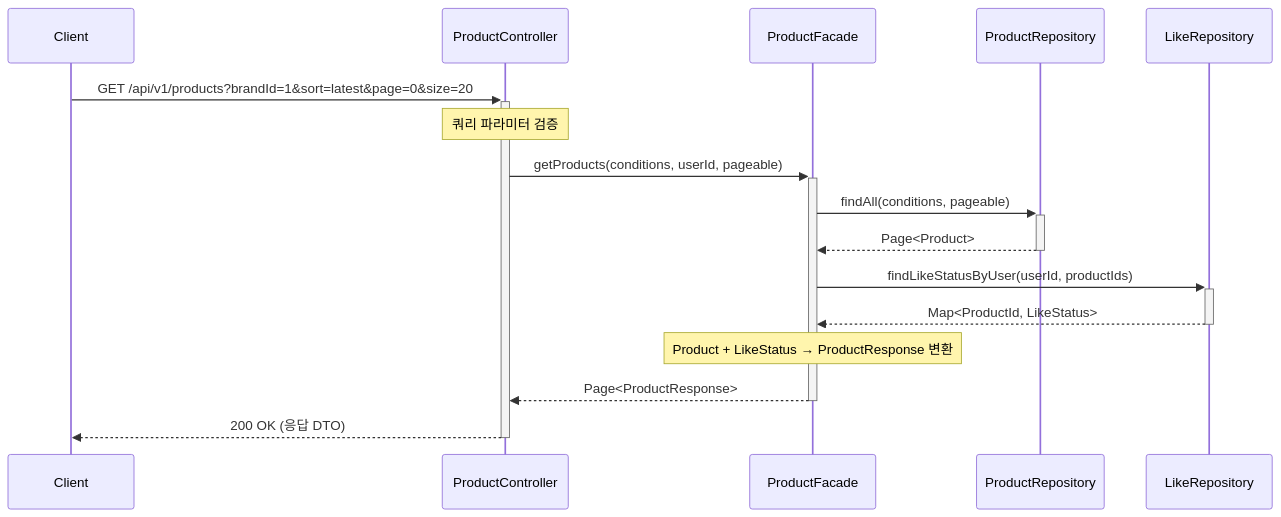
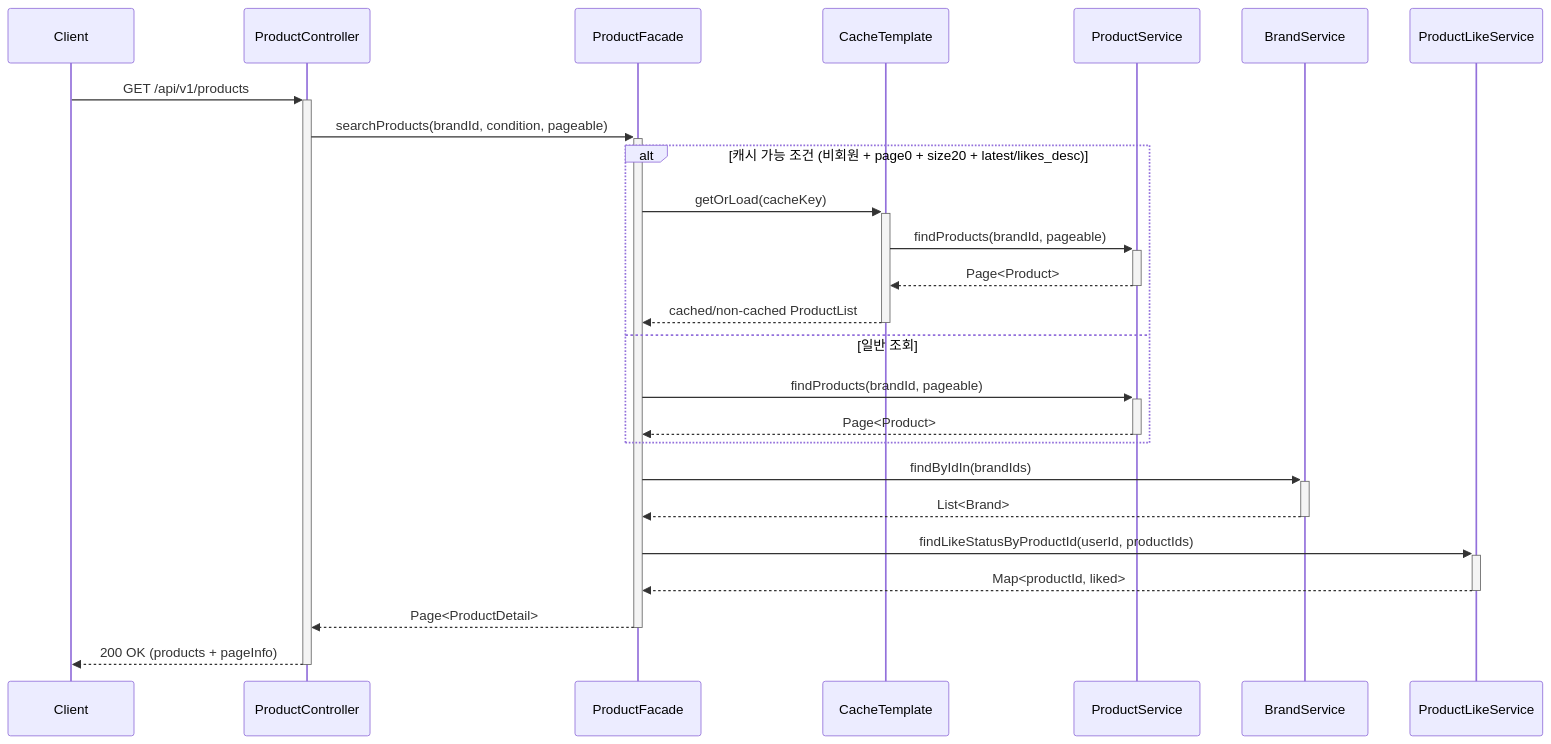
One commit to JeonJe/commerce-backend changed the first of 10 diagrams in docs/design/02-sequence-diagrams.md. Above: the diagram before and after it, drawn with Mermaid. The commit also changed other lines of this file and 9 other files, not shown here.

````diff
--- a/docs/design/02-sequence-diagrams.md
+++ b/docs/design/02-sequence-diagrams.md
@@ -42,24 +23,32 @@
 ```mermaid
 sequenceDiagram
     participant Client
     participant ProductController
     participant ProductFacade
-    participant ProductRepository
-    participant LikeRepository
+    participant CacheTemplate
+    participant ProductService
+    participant BrandService
+    participant ProductLikeService
 
-    Client->>+ProductController: GET /api/v1/products?brandId=1&sort=latest&page=0&size=20
-    Note over ProductController: 쿼리 파라미터 검증
+    Client->>+ProductController: GET /api/v1/products
+    ProductController->>+ProductFacade: searchProducts(brandId, condition, pageable)
 
-    ProductController->>+ProductFacade: getProducts(conditions, userId, pageable)
+    alt 캐시 가능 조건 (비회원 + page0 + size20 + latest/likes_desc)
+        ProductFacade->>+CacheTemplate: getOrLoad(cacheKey)
+        CacheTemplate->>+ProductService: findProducts(brandId, pageable)
+        ProductService-->>-CacheTemplate: Page<Product>
+        CacheTemplate-->>-ProductFacade: cached/non-cached ProductList
+    else 일반 조회
+        ProductFacade->>+ProductService: findProducts(brandId, pageable)
+        ProductService-->>-ProductFacade: Page<Product>
+    end
 
-    ProductFacade->>+ProductRepository: findAll(conditions, pageable)
-    ProductRepository-->>-ProductFacade: Page<Product>
+    ProductFacade->>+BrandService: findByIdIn(brandIds)
+    BrandService-->>-ProductFacade: List<Brand>
 
-    ProductFacade->>+LikeRepository: findLikeStatusByUser(userId, productIds)
-    LikeRepository-->>-ProductFacade: Map<ProductId, LikeStatus>
+    ProductFacade->>+ProductLikeService: findLikeStatusByProductId(userId, productIds)
+    ProductLikeService-->>-ProductFacade: Map<productId, liked>
 
-    Note over ProductFacade: Product + LikeStatus → ProductResponse 변환
-
-    ProductFacade-->>-ProductController: Page<ProductResponse>
-    ProductController-->>-Client: 200 OK (응답 DTO)
+    ProductFacade-->>-ProductController: Page<ProductDetail>
+    ProductController-->>-Client: 200 OK (products + pageInfo)
 ```
````
